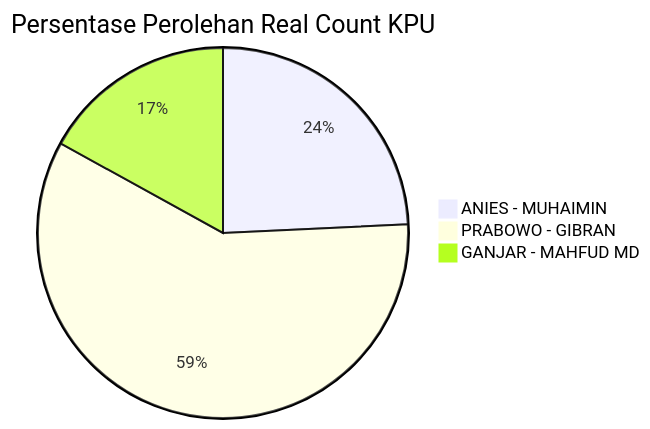
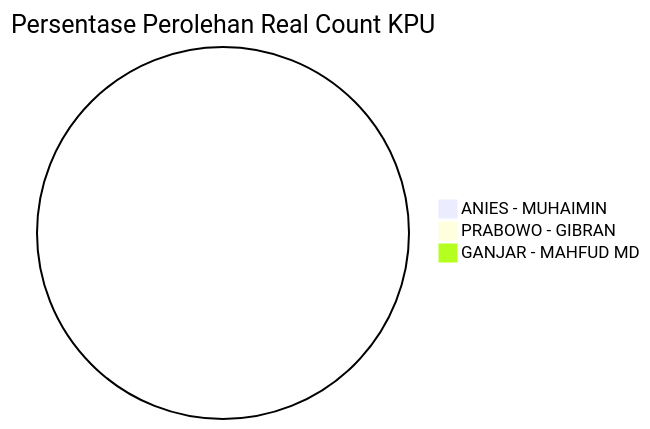
The diagram in README.md (ptdede/github-workflow-playground), drawn with Mermaid before and after one commit. The commit also changed other lines of this file, not shown here.

Commit message:
chore: reset statistic

````diff
--- a/README.md
+++ b/README.md
@@ -4,6 +5,6 @@
 ```mermaid
 pie title Persentase Perolehan Real Count KPU
-    "ANIES - MUHAIMIN" : 24146129
-    "PRABOWO - GIBRAN" : 58530219
-    "GANJAR - MAHFUD MD" : 16908970
+    "ANIES - MUHAIMIN" : 0
+    "PRABOWO - GIBRAN" : 0
+    "GANJAR - MAHFUD MD" : 0
 ```
````
